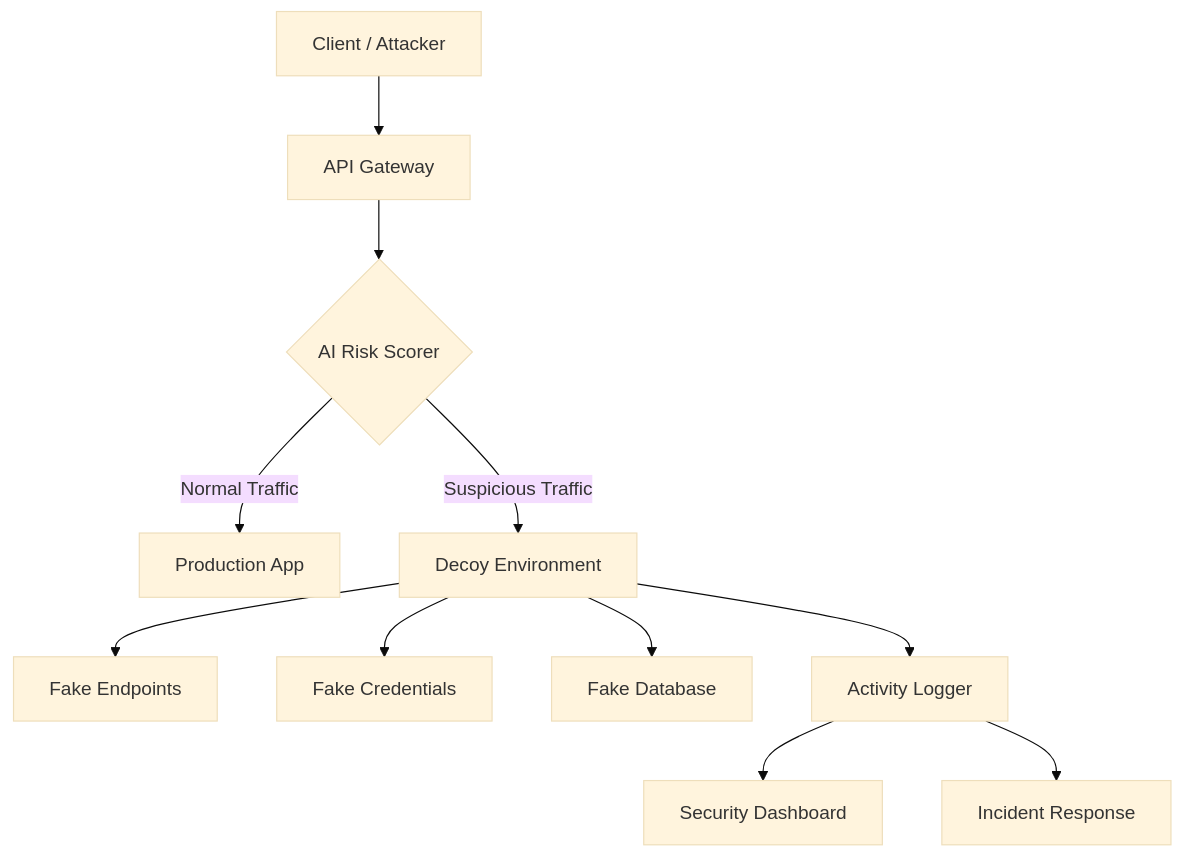
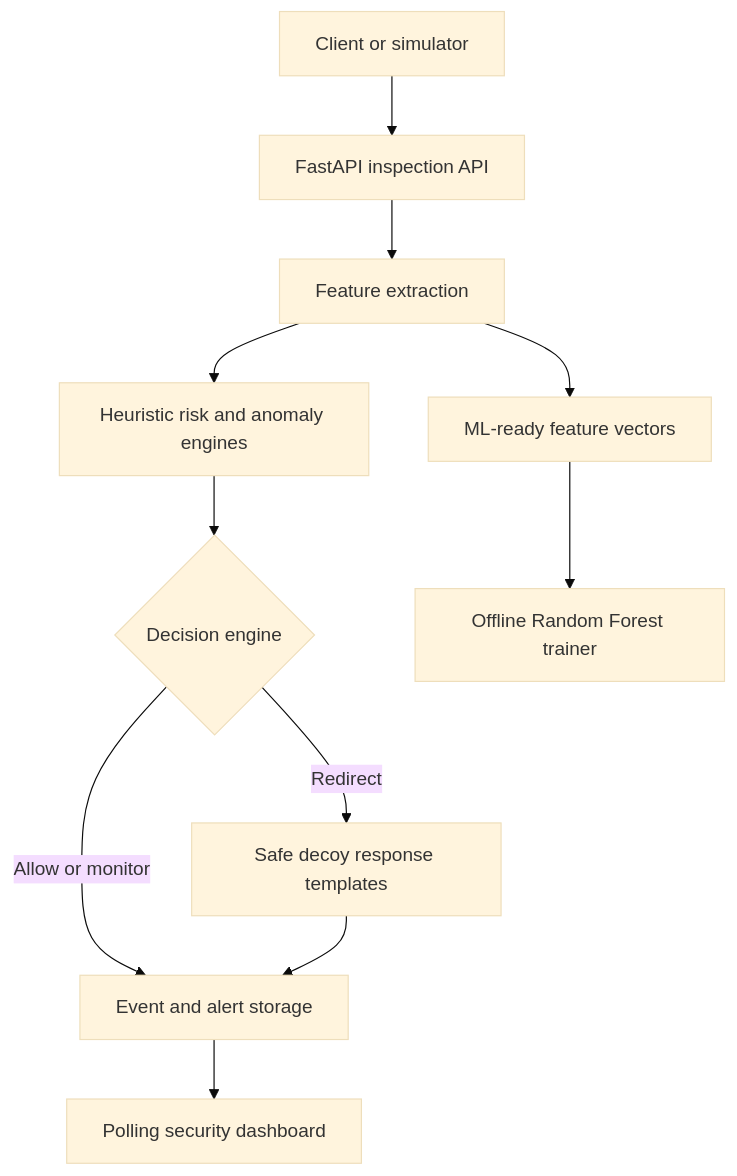
Before and after one commit to rafienajwan/mirage: the first of 2 diagrams in docs/architecture.md, drawn with Mermaid (base theme). The commit also changed other lines of this file and 4 other files, not shown here.

````diff
--- a/docs/architecture.md
+++ b/docs/architecture.md
@@ -9,13 +5,13 @@
 ```mermaid
 graph TD
-    A[Client / Attacker] --> B[API Gateway]
-    B --> C{AI Risk Scorer}
-    C -->|Normal Traffic| D[Production App]
-    C -->|Suspicious Traffic| E[Decoy Environment]
-    E --> F[Fake Endpoints]
-    E --> G[Fake Credentials]
-    E --> H[Fake Database]
-    E --> I[Activity Logger]
-    I --> J[Security Dashboard]
-    I --> K[Incident Response]
+    A[Client or simulator] --> B[FastAPI inspection API]
+    B --> C[Feature extraction]
+    C --> D[Heuristic risk and anomaly engines]
+    D --> E{Decision engine}
+    E -->|Allow or monitor| F[Event and alert storage]
+    E -->|Redirect| G[Safe decoy response templates]
+    G --> F
+    F --> H[Polling security dashboard]
+    C --> I[ML-ready feature vectors]
+    I --> J[Offline Random Forest trainer]
 ```
````
